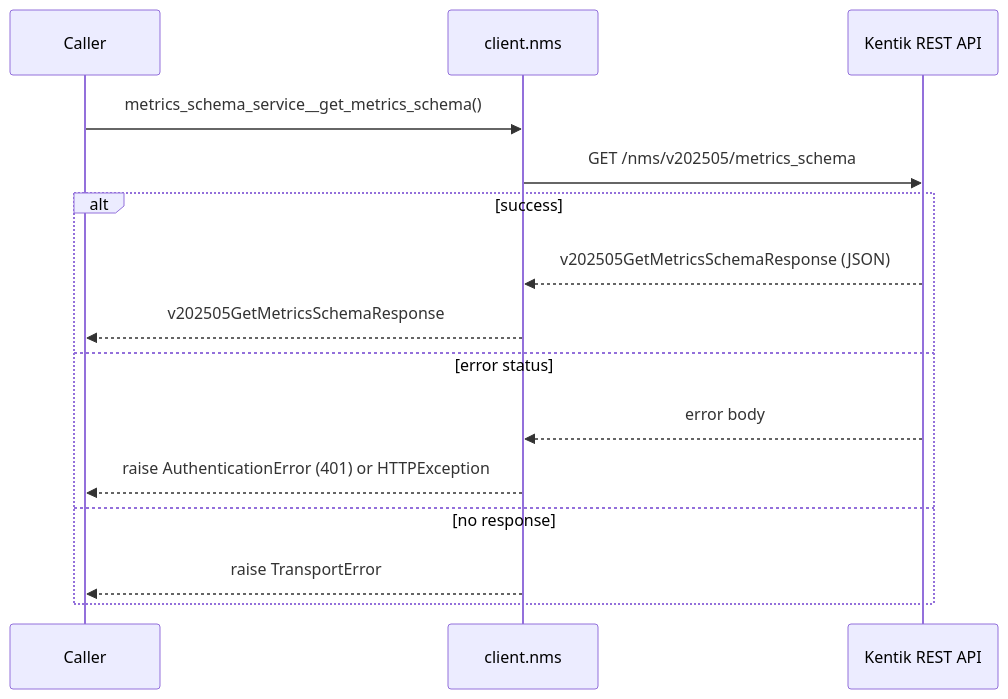
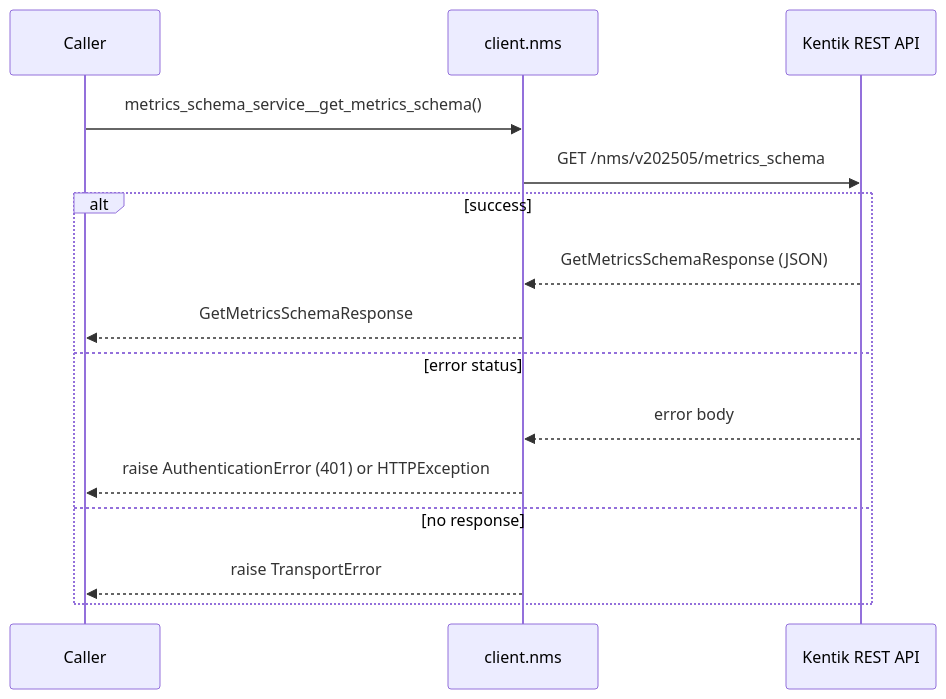
Before and after one commit to alexdearaujo/community_sdk_python: the second of 4 diagrams in docs/sphinx/services/nms.md, drawn with Mermaid. The commit also changed other lines of this file and 38 other files, not shown here.

````diff
--- a/docs/sphinx/services/nms.md
+++ b/docs/sphinx/services/nms.md
@@ -34,18 +34,18 @@
 ```mermaid
 sequenceDiagram
     participant C as Caller
     participant W as client.nms
     participant API as Kentik REST API
 
     C->>W: metrics_schema_service__get_metrics_schema()
     W->>API: GET /nms/v202505/metrics_schema
     alt success
-        API-->>W: v202505GetMetricsSchemaResponse (JSON)
-        W-->>C: v202505GetMetricsSchemaResponse
+        API-->>W: GetMetricsSchemaResponse (JSON)
+        W-->>C: GetMetricsSchemaResponse
     else error status
         API-->>W: error body
         W-->>C: raise AuthenticationError (401) or HTTPException
     else no response
         W-->>C: raise TransportError
     end
 ```
````
